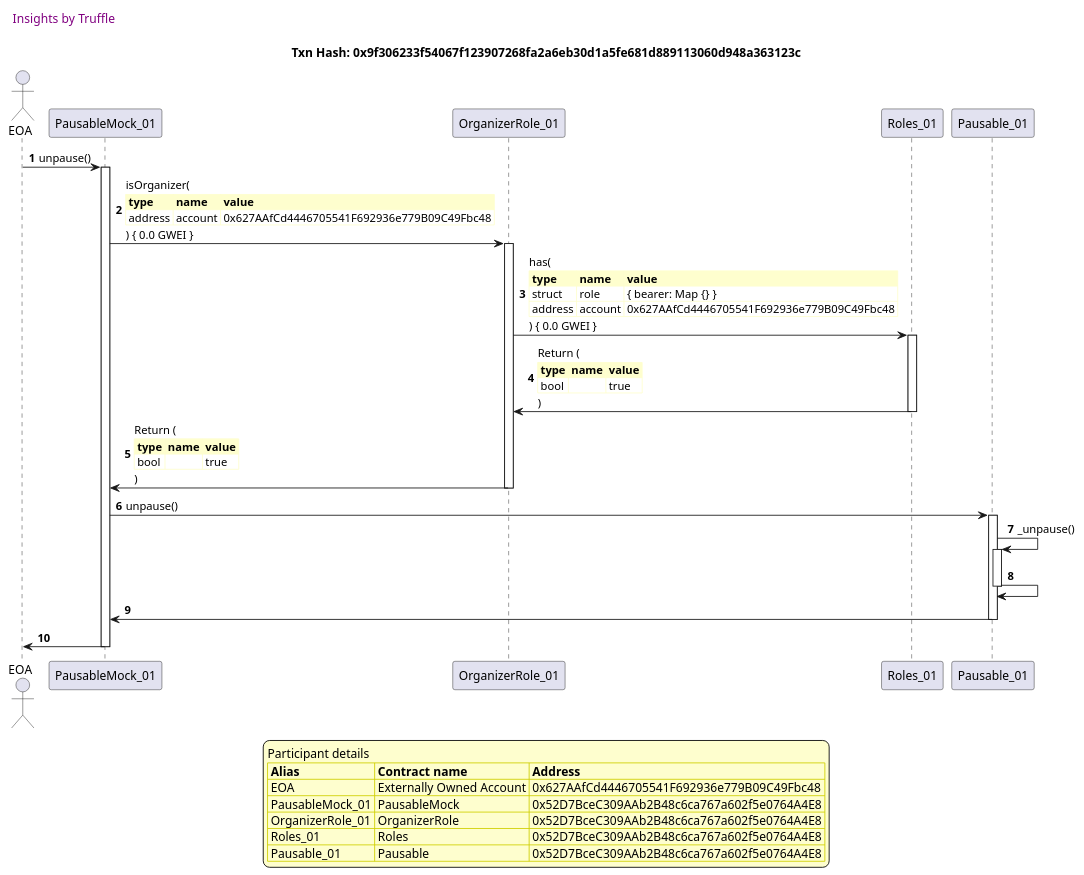
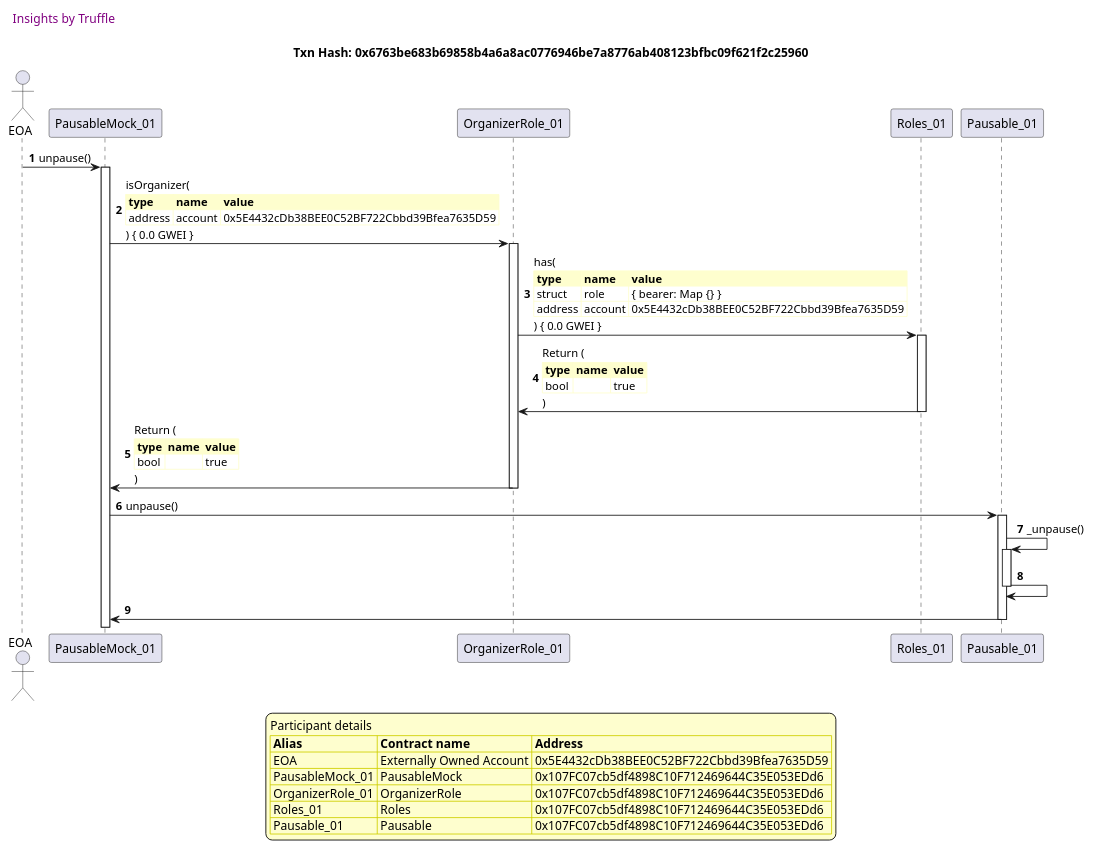
One commit to fodisi/hackapay changed diagram 12 of 12 in truffle-seq/lifecycle_pausable.md. Above: the diagram before and after it, drawn with PlantUML. The commit also changed other lines of this file and 10 other files, not shown here.

````diff
--- a/truffle-seq/lifecycle_pausable.md
+++ b/truffle-seq/lifecycle_pausable.md
@@ -737,64 +734,63 @@
 ```plantuml
 
 
 @startuml
 
 autonumber
 skinparam legendBackgroundColor #FEFECE
 
 <style>
       header {
         HorizontalAlignment left
         FontColor purple
         FontSize 14
         Padding 10
       }
     </style>
 
 header Insights by Truffle
 
-title Txn Hash: 0x9f306233f54067f123907268fa2a6eb30d1a5fe681d889113060d948a363123c
+title Txn Hash: 0x6763be683b69858b4a6a8ac0776946be7a8776ab408123bfbc09f621f2c25960
 
 
 actor EOA as "EOA"
 participant PausableMock_01 as "PausableMock_01"
 participant OrganizerRole_01 as "OrganizerRole_01"
 participant Roles_01 as "Roles_01"
 participant Pausable_01 as "Pausable_01"
 
 "EOA" -> "PausableMock_01" ++: unpause()
 "PausableMock_01" -> "OrganizerRole_01" ++: isOrganizer(\n\
 <#FEFECE,#FEFECE>|= type |= name |= value |\n\
-| address | account | 0x627AAfCd4446705541F692936e779B09C49Fbc48 |\n\
+| address | account | 0x5E4432cDb38BEE0C52BF722Cbbd39Bfea7635D59 |\n\
 ) { 0.0 GWEI }
 "OrganizerRole_01" -> "Roles_01" ++: has(\n\
 <#FEFECE,#FEFECE>|= type |= name |= value |\n\
 | struct | role | { bearer: Map {} } |\n\
-| address | account | 0x627AAfCd4446705541F692936e779B09C49Fbc48 |\n\
+| address | account | 0x5E4432cDb38BEE0C52BF722Cbbd39Bfea7635D59 |\n\
 ) { 0.0 GWEI }
 "Roles_01" -> "OrganizerRole_01" --: Return (\n\
 <#FEFECE,#FEFECE>|= type |= name |= value |\n\
 | bool |  | true |\n\
 )
 "OrganizerRole_01" -> "PausableMock_01" --: Return (\n\
 <#FEFECE,#FEFECE>|= type |= name |= value |\n\
 | bool |  | true |\n\
 )
 "PausableMock_01" -> "Pausable_01" ++: unpause()
 "Pausable_01" -> "Pausable_01" ++: _unpause()
 "Pausable_01" -> "Pausable_01" --: 
 "Pausable_01" -> "PausableMock_01" --: 
-"PausableMock_01" -> "EOA" --: 
 
 legend
 Participant details
 <#FEFECE,#D0D000>|= Alias |= Contract name |= Address |
-<#FEFECE>| EOA | Externally Owned Account | 0x627AAfCd4446705541F692936e779B09C49Fbc48 |
-<#FEFECE>| PausableMock_01 | PausableMock | 0x52D7BceC309AAb2B48c6ca767a602f5e0764A4E8 |
-<#FEFECE>| OrganizerRole_01 | OrganizerRole | 0x52D7BceC309AAb2B48c6ca767a602f5e0764A4E8 |
-<#FEFECE>| Roles_01 | Roles | 0x52D7BceC309AAb2B48c6ca767a602f5e0764A4E8 |
-<#FEFECE>| Pausable_01 | Pausable | 0x52D7BceC309AAb2B48c6ca767a602f5e0764A4E8 |
+<#FEFECE>| EOA | Externally Owned Account | 0x5E4432cDb38BEE0C52BF722Cbbd39Bfea7635D59 |
+<#FEFECE>| PausableMock_01 | PausableMock | 0x107FC07cb5df4898C10F712469644C35E053EDd6 |
+<#FEFECE>| OrganizerRole_01 | OrganizerRole | 0x107FC07cb5df4898C10F712469644C35E053EDd6 |
+<#FEFECE>| Roles_01 | Roles | 0x107FC07cb5df4898C10F712469644C35E053EDd6 |
+<#FEFECE>| Pausable_01 | Pausable | 0x107FC07cb5df4898C10F712469644C35E053EDd6 |
 endlegend
 
 @enduml
 ```
````
